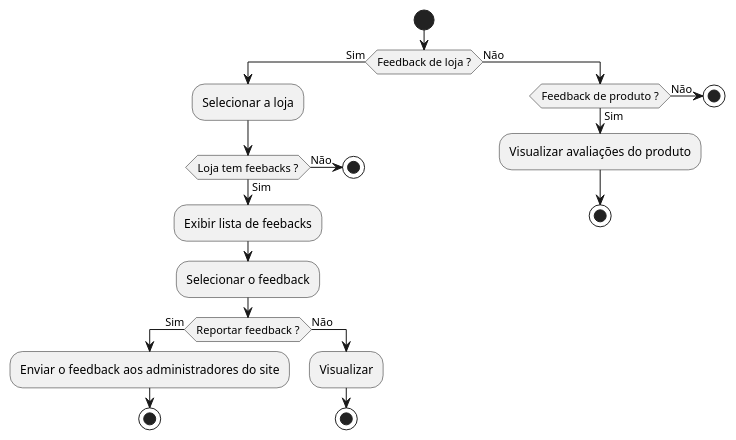
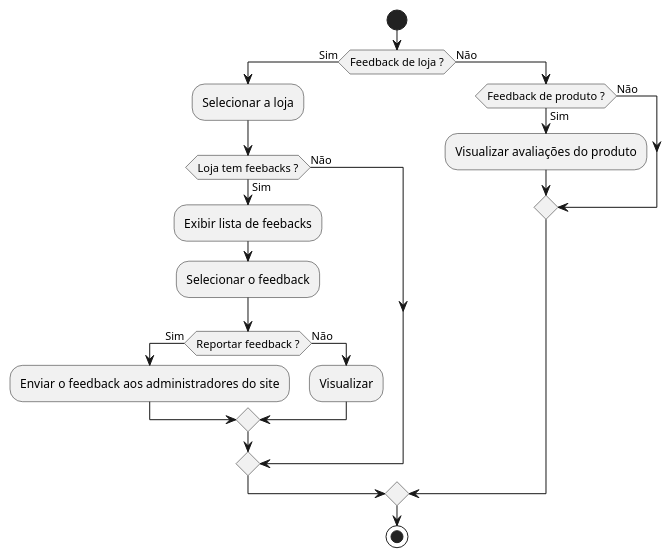
Before and after one commit to victoralvess/ineed-uml-diagrams: the diagram in activity/gerenciar-feedbacks.wsd, drawn with PlantUML. The commit also changed 34 other files, not shown here.

```diff
--- a/activity/gerenciar-feedbacks.wsd
+++ b/activity/gerenciar-feedbacks.wsd
@@ -1,26 +1,22 @@
 @startuml
 start
 if (Feedback de loja ?) then (Sim)
     :Selecionar a loja;
     if (Loja tem feebacks ?) then (Sim)
         :Exibir lista de feebacks;
         :Selecionar o feedback;
         if (Reportar feedback ?) then (Sim)
             :Enviar o feedback aos administradores do site;
-            stop
         else (Não)
             :Visualizar;
-            stop
         endif
     else (Não)
-        stop
     endif
 else (Não)
     if (Feedback de produto ?) then (Sim)
         :Visualizar avaliações do produto;
-        stop
     else (Não)
-        stop
     endif
 endif
+stop
 @enduml
```
